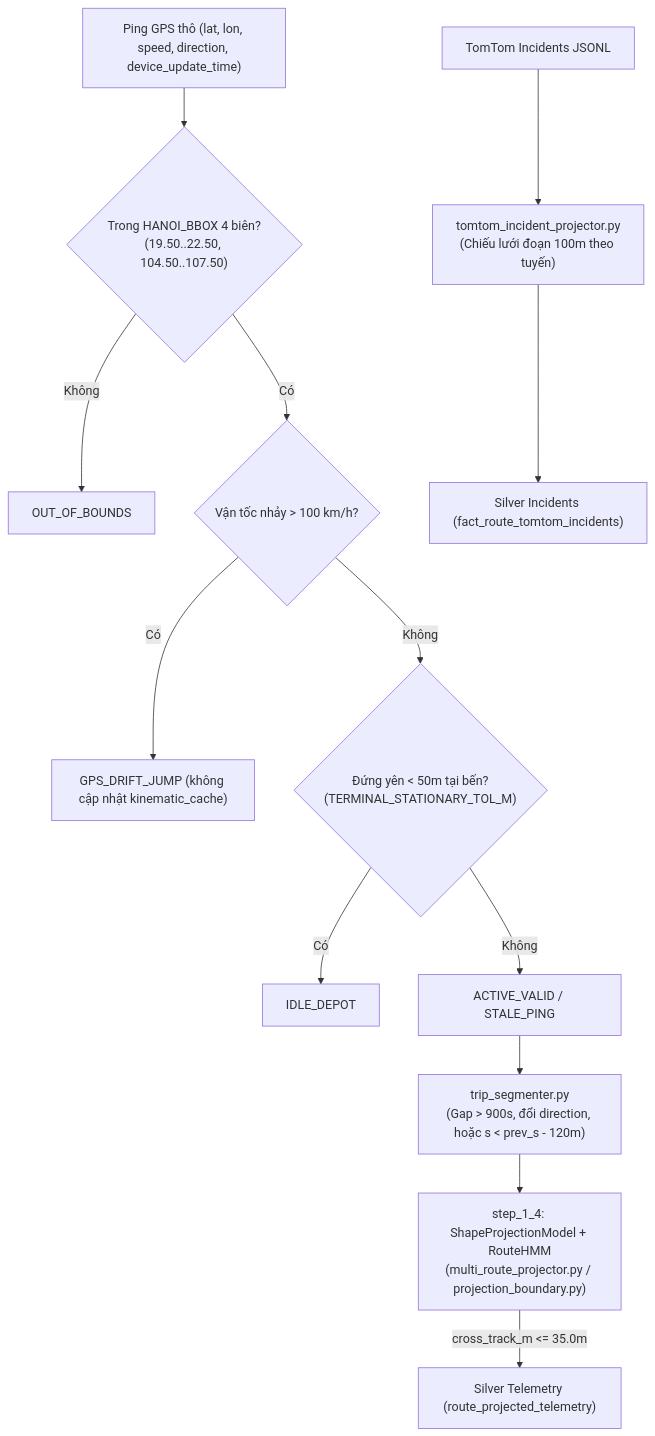
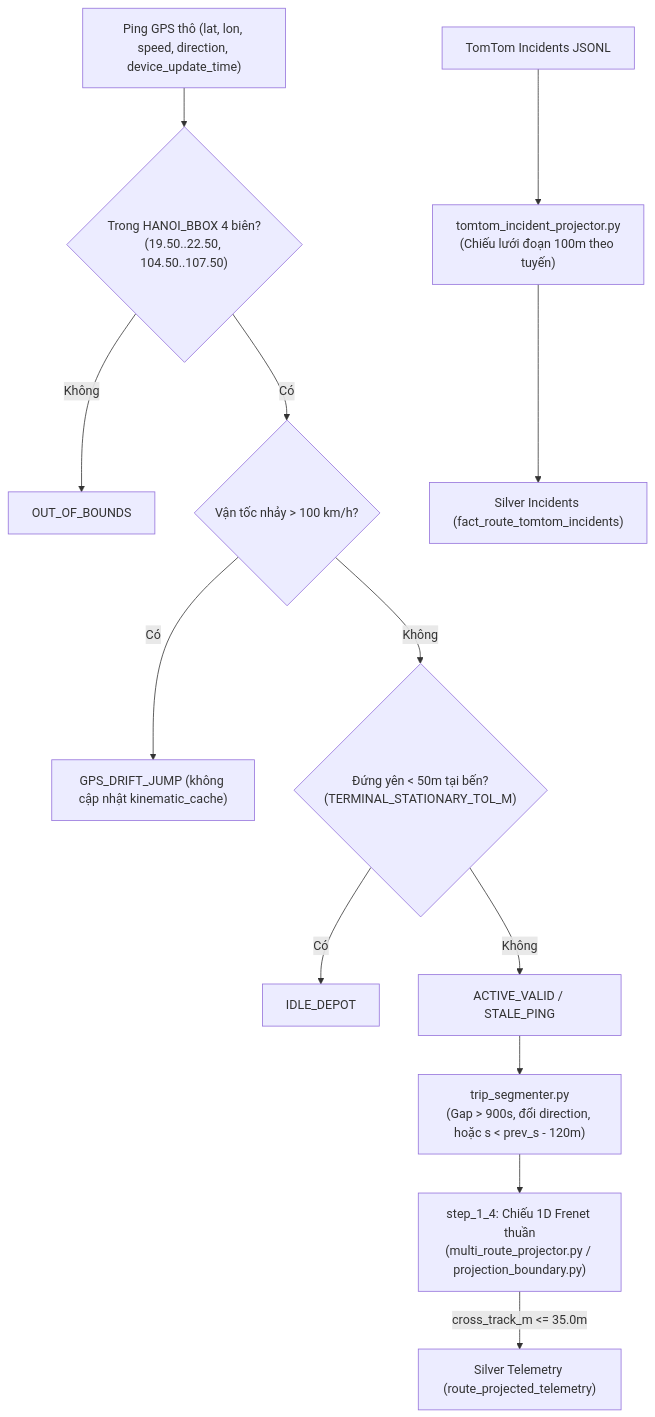
Before and after one commit to toibinguz/Bus_tracking: the diagram in docs/PREPROCESSING.md, drawn with Mermaid. The commit also changed other lines of this file and 4 other files, not shown here.

Commit message:
docs: clarify RouteHMM runs only in Speed Layer while step_1_4 Batch uses pure 1D Frenet

````diff
--- a/docs/PREPROCESSING.md
+++ b/docs/PREPROCESSING.md
@@ -9,15 +9,15 @@
 ```mermaid
 flowchart TD
     PING["Ping GPS thô (lat, lon, speed, direction, device_update_time)"] --> BBOX{"Trong HANOI_BBOX 4 biên?\n(19.50..22.50, 104.50..107.50)"}
     BBOX -->|"Không"| OOB["OUT_OF_BOUNDS"]
     BBOX -->|"Có"| KIN{"Vận tốc nhảy > 100 km/h?"}
     KIN -->|"Có"| DRIFT["GPS_DRIFT_JUMP (không cập nhật kinematic_cache)"]
     KIN -->|"Không"| DEPOT{"Đứng yên < 50m tại bến?\n(TERMINAL_STATIONARY_TOL_M)"}
     DEPOT -->|"Có"| IDLE["IDLE_DEPOT"]
     DEPOT -->|"Không"| VALID["ACTIVE_VALID / STALE_PING"]
     VALID --> SEG["trip_segmenter.py\n(Gap > 900s, đổi direction, hoặc s < prev_s - 120m)"]
-    SEG --> PROJ["step_1_4: ShapeProjectionModel + RouteHMM\n(multi_route_projector.py / projection_boundary.py)"]
+    SEG --> PROJ["step_1_4: Chiếu 1D Frenet thuần\n(multi_route_projector.py / projection_boundary.py)"]
     INC["TomTom Incidents JSONL"] --> INCPROJ["tomtom_incident_projector.py\n(Chiếu lưới đoạn 100m theo tuyến)"]
     PROJ -->|"cross_track_m <= 35.0m"| SIL["Silver Telemetry (route_projected_telemetry)"]
     INCPROJ --> SILINC["Silver Incidents (fact_route_tomtom_incidents)"]
 ```
````
